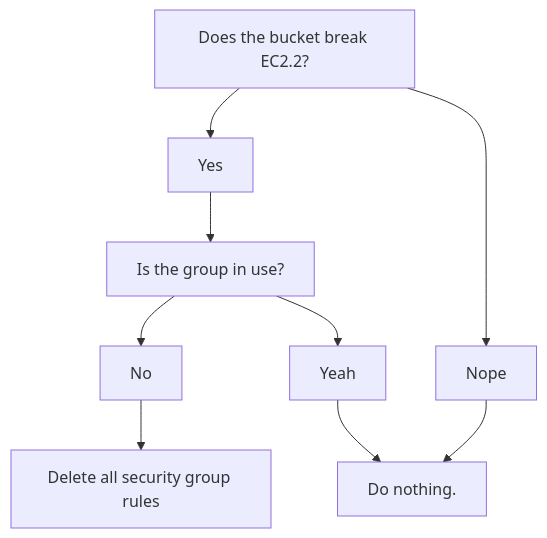
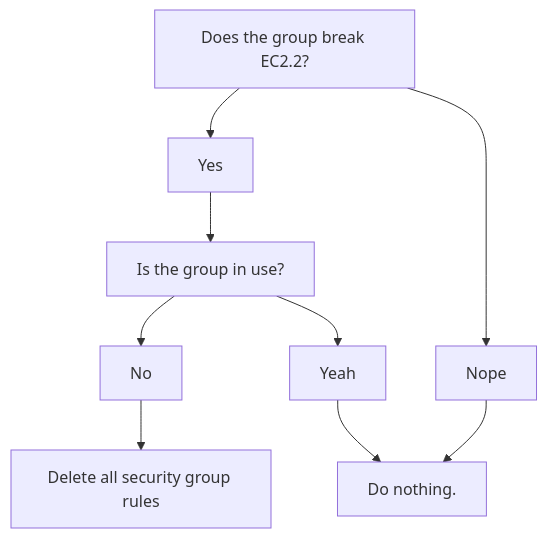
Before and after one commit to guardian/fsbp-tools: the diagram in ingress-inquisition/README.md, drawn with Mermaid.

Commit message:
docs: more typos

````diff
--- a/ingress-inquisition/README.md
+++ b/ingress-inquisition/README.md
@@ -11,13 +11,13 @@
 ```mermaid
 flowchart TB
     usage[Is the group in use?]
     block[Delete all security group rules]
-    ruleBreak[Does the bucket break EC2.2?]
+    ruleBreak[Does the group break EC2.2?]
     break[Do nothing.]
     inUse[Yeah]
 
     ruleBreak --> Yes --> usage --> No --> block
     usage --> inUse --> break
     ruleBreak --> Nope --> break
 
 ```
````
